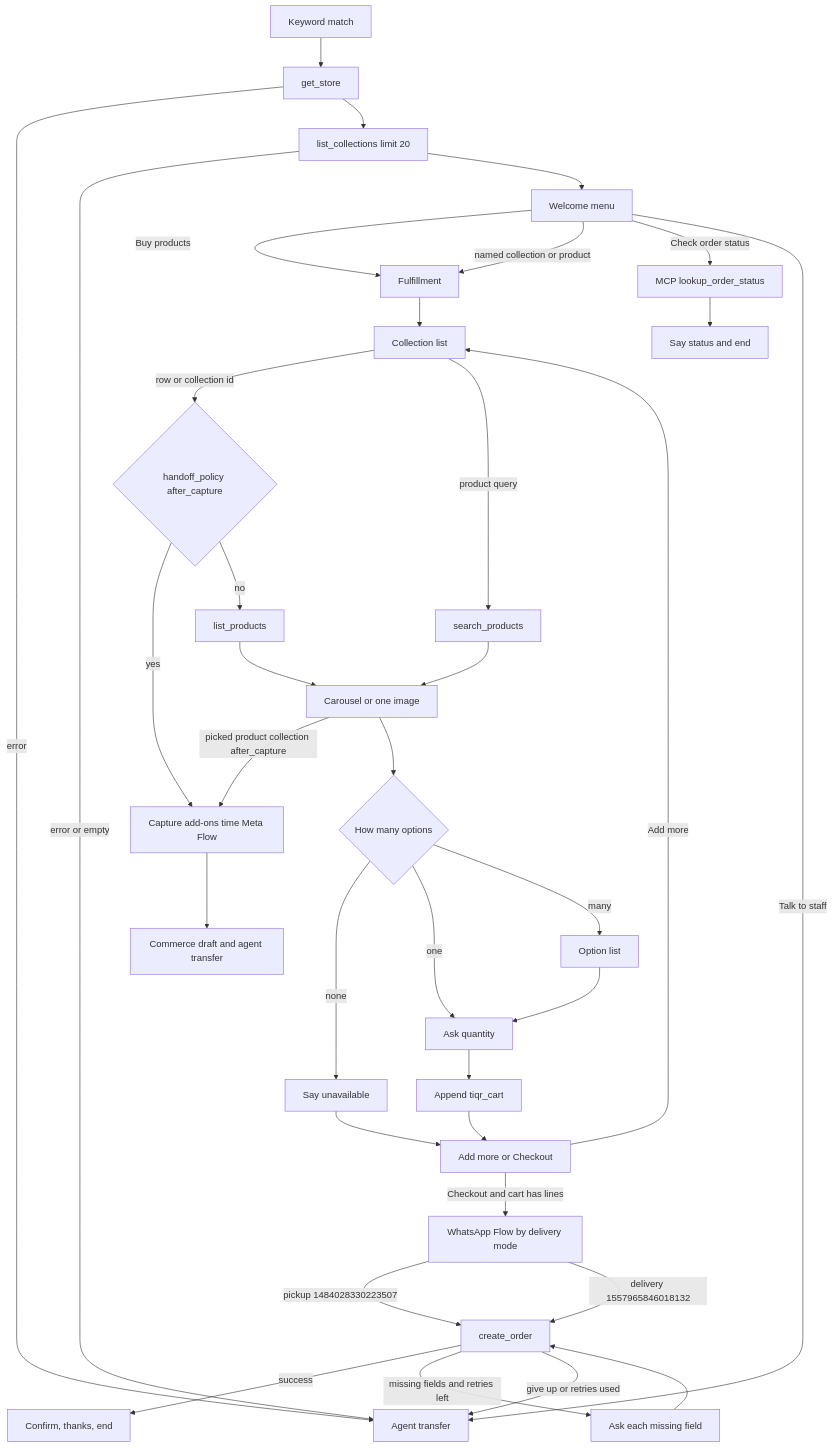
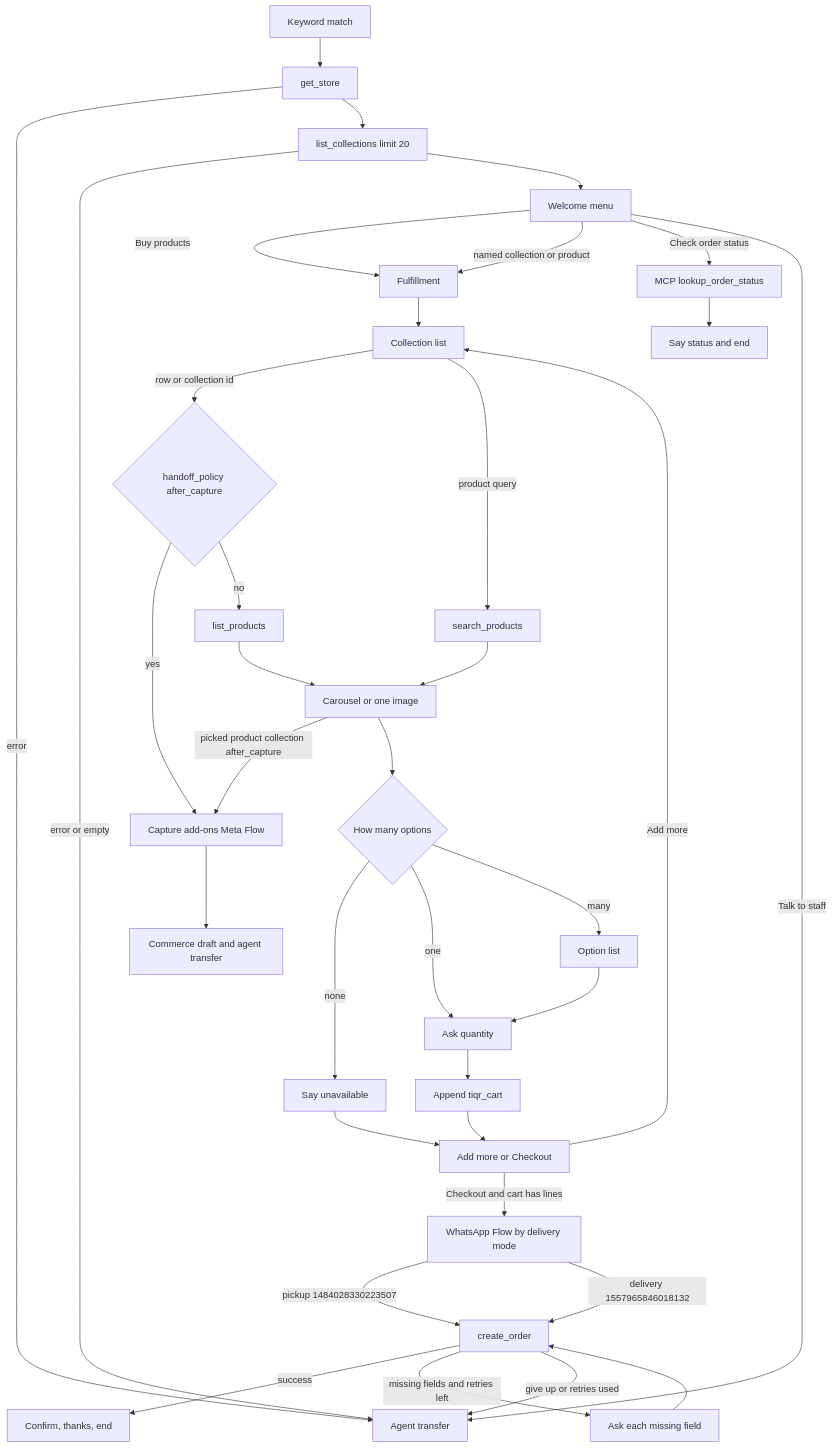
The diagram in docs/tiqr-ecommerce-coded-flow.md (Ticker-Events/whatomate), drawn with Mermaid before and after one commit. The commit also changed other lines of this file and 12 other files, not shown here.

````diff
--- a/docs/tiqr-ecommerce-coded-flow.md
+++ b/docs/tiqr-ecommerce-coded-flow.md
@@ -19,38 +19,38 @@
 ```mermaid
 flowchart TD
   kw[Keyword match] --> store[get_store]
   store -->|error| xfer[Agent transfer]
   store --> cols["list_collections limit 20"]
   cols -->|error or empty| xfer
   cols --> menu[Welcome menu]
   menu -->|Buy products| ful[Fulfillment]
   menu -->|named collection or product| ful
   menu -->|Check order status| look[MCP lookup_order_status]
   menu -->|Talk to staff| xfer
   look --> endStatus[Say status and end]
   ful --> list[Collection list]
   list -->|row or collection id| policy{handoff_policy after_capture}
-  policy -->|yes| themed[Capture add-ons time Meta Flow]
-  themed --> commerceXfer[Commerce draft and agent transfer]
+  policy -->|yes| afterCapture[Capture add-ons Meta Flow]
+  afterCapture --> commerceXfer[Commerce draft and agent transfer]
   policy -->|no| prod[list_products]
   list -->|product query| search[search_products]
   search --> show[Carousel or one image]
   prod --> show
-  show -->|picked product collection after_capture| themed
+  show -->|picked product collection after_capture| afterCapture
   show --> opt{How many options}
   opt -->|none| skip[Say unavailable]
   opt -->|one| qty[Ask quantity]
   opt -->|many| olist[Option list]
   olist --> qty
   qty --> cart[Append tiqr_cart]
   skip --> next[Add more or Checkout]
   cart --> next
   next -->|Add more| list
   next -->|Checkout and cart has lines| flow[WhatsApp Flow by delivery mode]
   flow -->|pickup 1484028330223507| create[create_order]
   flow -->|delivery 1557965846018132| create
   create -->|success| done[Confirm, thanks, end]
   create -->|missing fields and retries left| fix[Ask each missing field]
   fix --> create
   create -->|give up or retries used| xfer
 ```
````
